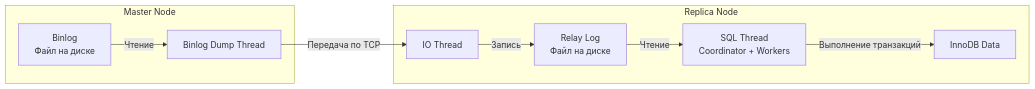
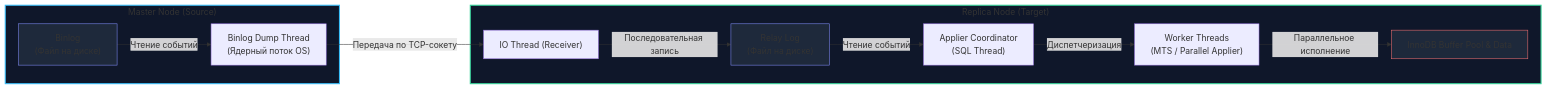
One commit to UnrealTemplier/go-textbook changed the first of 2 diagrams in sources/12. Базы данных/07. MySQL и форки/5. Репликация в MySQL.md. Above: the diagram before and after it, drawn with Mermaid. The commit also changed other lines of this file, not shown here.

````diff
--- a/sources/12. Базы данных/07. MySQL и форки/5. Репликация в MySQL.md
+++ b/sources/12. Базы данных/07. MySQL и форки/5. Репликация в MySQL.md
@@ -36,21 +46,29 @@
 ```mermaid
 flowchart LR
-    subgraph Master ["Master Node"]
-        Binlog["Binlog<br>Файл на диске"]
-        DumpThread["Binlog Dump Thread"]
-        Binlog -->|"Чтение"| DumpThread
+    subgraph Master ["Master Node (Source)"]
+        Binlog["Binlog<br>(Файл на диске)"]
+        DumpThread["Binlog Dump Thread<br>(Ядерный поток OS)"]
+        Binlog -->|"Чтение событий"| DumpThread
     end
 
-    subgraph Replica ["Replica Node"]
-        IOThread["IO Thread"]
-        RelayLog["Relay Log<br>Файл на диске"]
-        SQLThread["SQL Thread<br>Coordinator + Workers"]
-        Data["InnoDB Data"]
+    subgraph Replica ["Replica Node (Target)"]
+        IOThread["IO Thread (Receiver)"]
+        RelayLog["Relay Log<br>(Файл на диске)"]
+        SQLThread["Applier Coordinator<br>(SQL Thread)"]
+        Workers["Worker Threads<br>(MTS / Parallel Applier)"]
+        Data["InnoDB Buffer Pool & Data"]
         
-        IOThread -->|"Запись"| RelayLog
-        RelayLog -->|"Чтение"| SQLThread
-        SQLThread -->|"Выполнение транзакций"| Data
+        IOThread -->|"Последовательная запись"| RelayLog
+        RelayLog -->|"Чтение событий"| SQLThread
+        SQLThread -->|"Диспетчеризация"| Workers
+        Workers -->|"Параллельное исполнение"| Data
     end
 
-    DumpThread -->|"Передача по TCP"| IOThread
+    DumpThread -->|"Передача по TCP-сокету"| IOThread
+
+    style Master fill:#0f172a,stroke:#38bdf8,stroke-width:2px
+    style Replica fill:#0f172a,stroke:#34d399,stroke-width:2px
+    style Binlog fill:#1e293b,stroke:#818cf8,stroke-width:1px
+    style RelayLog fill:#1e293b,stroke:#818cf8,stroke-width:1px
+    style Data fill:#1e293b,stroke:#f87171,stroke-width:1px
 ```
````
